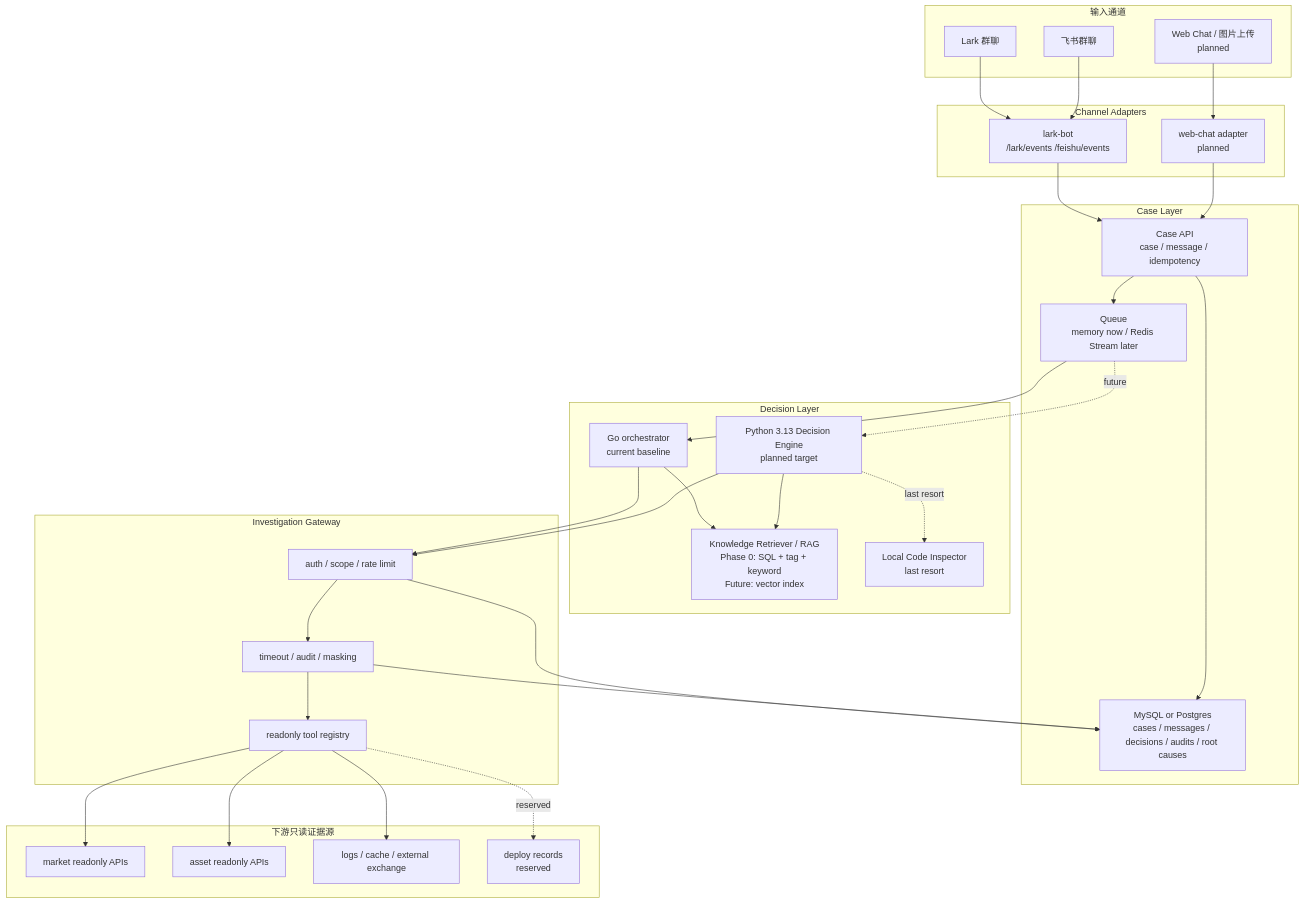
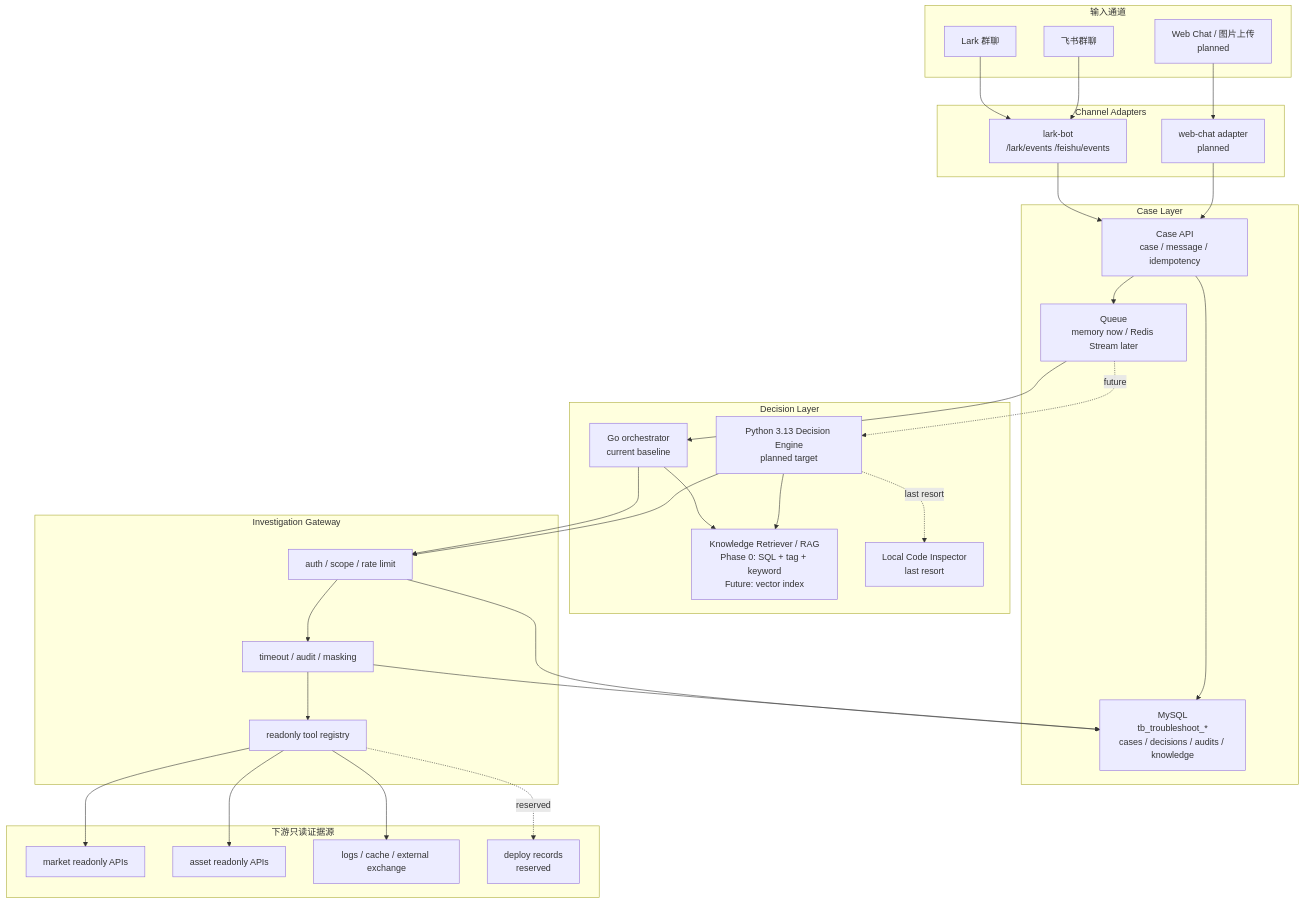
The first of 2 diagrams in README.md (Nankis/ai-troubleshooter), drawn with Mermaid before and after one commit. The commit also changed other lines of this file and 32 other files, not shown here.

Commit message:
Align schema and vision configuration

````diff
--- a/README.md
+++ b/README.md
@@ -93,62 +93,62 @@
 ```mermaid
 flowchart TB
   subgraph Inputs["输入通道"]
     Lark["Lark 群聊"]
     Feishu["飞书群聊"]
     Web["Web Chat / 图片上传<br/>planned"]
   end
 
   subgraph Intake["Channel Adapters"]
     LarkBot["lark-bot<br/>/lark/events /feishu/events"]
     WebAdapter["web-chat adapter<br/>planned"]
   end
 
   subgraph CaseLayer["Case Layer"]
     CaseAPI["Case API<br/>case / message / idempotency"]
     Queue["Queue<br/>memory now / Redis Stream later"]
-    Store["MySQL or Postgres<br/>cases / messages / decisions / audits / root causes"]
+    Store["MySQL<br/>tb_troubleshoot_*<br/>cases / decisions / audits / knowledge"]
   end
 
   subgraph Brain["Decision Layer"]
     GoOrch["Go orchestrator<br/>current baseline"]
     PyEngine["Python 3.13 Decision Engine<br/>planned target"]
     Retriever["Knowledge Retriever / RAG<br/>Phase 0: SQL + tag + keyword<br/>Future: vector index"]
     LocalCode["Local Code Inspector<br/>last resort"]
   end
 
   subgraph Gateway["Investigation Gateway"]
     Policy["auth / scope / rate limit"]
     Audit["timeout / audit / masking"]
     Registry["readonly tool registry"]
   end
 
   subgraph Downstream["下游只读证据源"]
     Market["market readonly APIs"]
     Asset["asset readonly APIs"]
     Logs["logs / cache / external exchange"]
     Deploy["deploy records<br/>reserved"]
   end
 
   Lark --> LarkBot
   Feishu --> LarkBot
   Web --> WebAdapter
   LarkBot --> CaseAPI
   WebAdapter --> CaseAPI
   CaseAPI --> Store
   CaseAPI --> Queue
   Queue --> GoOrch
   Queue -. future .-> PyEngine
   GoOrch --> Retriever
   PyEngine --> Retriever
   PyEngine -. last resort .-> LocalCode
   GoOrch --> Policy
   PyEngine --> Policy
   Policy --> Audit
   Audit --> Registry
   Registry --> Market
   Registry --> Asset
   Registry --> Logs
   Registry -. reserved .-> Deploy
   Policy --> Store
   Audit --> Store
 ```
````
